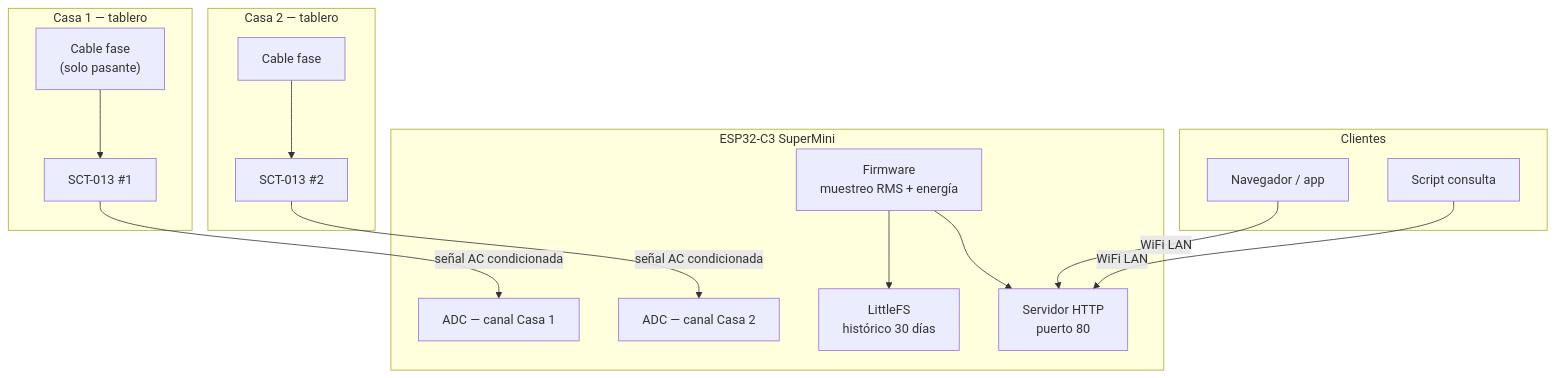
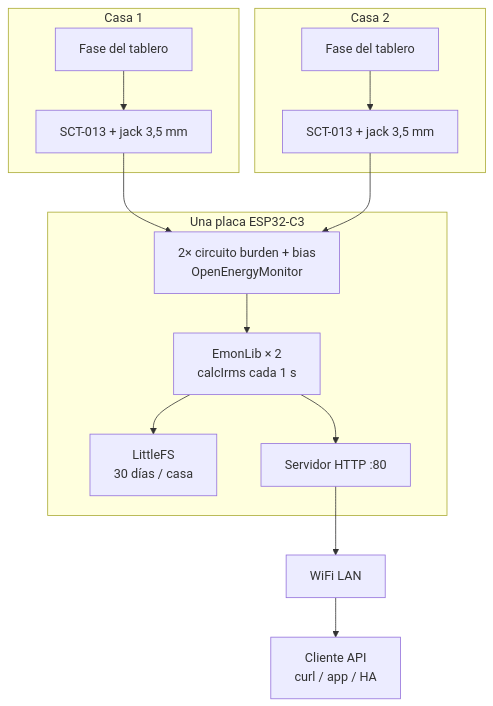
Before and after one commit to TaielMartinez/medidor-corriente-casa: the diagram in README.md, drawn with Mermaid. The commit also changed other lines of this file and 11 other files, not shown here.

````diff
--- a/README.md
+++ b/README.md
@@ -16,35 +18,25 @@
 ```mermaid
 flowchart TB
-    subgraph Casa1["Casa 1 — tablero"]
-        T1["Cable fase<br/>(solo pasante)"]
-        SCT1["SCT-013 #1"]
-        T1 --> SCT1
+    subgraph C1["Casa 1"]
+        W1["Fase del tablero"] --> SCT1["SCT-013 + jack 3,5 mm"]
     end
 
-    subgraph Casa2["Casa 2 — tablero"]
-        T2["Cable fase"]
-        SCT2["SCT-013 #2"]
-        T2 --> SCT2
+    subgraph C2["Casa 2"]
+        W2["Fase del tablero"] --> SCT2["SCT-013 + jack 3,5 mm"]
     end
 
-    subgraph Nodo["ESP32-C3 SuperMini"]
-        ADC1["ADC — canal Casa 1"]
-        ADC2["ADC — canal Casa 2"]
-        FW["Firmware<br/>muestreo RMS + energía"]
-        FS["LittleFS<br/>histórico 30 días"]
-        HTTP["Servidor HTTP<br/>puerto 80"]
-        FW --> FS
-        FW --> HTTP
+    subgraph Placa["Una placa ESP32-C3"]
+        FE["2× circuito burden + bias<br/>OpenEnergyMonitor"]
+        EM["EmonLib × 2<br/>calcIrms cada 1 s"]
+        FS["LittleFS<br/>30 días / casa"]
+        HTTP["Servidor HTTP :80"]
+        FE --> EM --> FS
+        EM --> HTTP
     end
 
-  SCT1 -->|señal AC condicionada| ADC1
-  SCT2 -->|señal AC condicionada| ADC2
+    SCT1 --> FE
+    SCT2 --> FE
 
-    subgraph Clientes["Clientes"]
-        BROWSER["Navegador / app"]
-        SCRIPT["Script consulta"]
-    end
-
-    BROWSER -->|WiFi LAN| HTTP
-    SCRIPT -->|WiFi LAN| HTTP
+    HTTP --> LAN["WiFi LAN"]
+    LAN --> PC["Cliente API<br/>curl / app / HA"]
 ```
````
